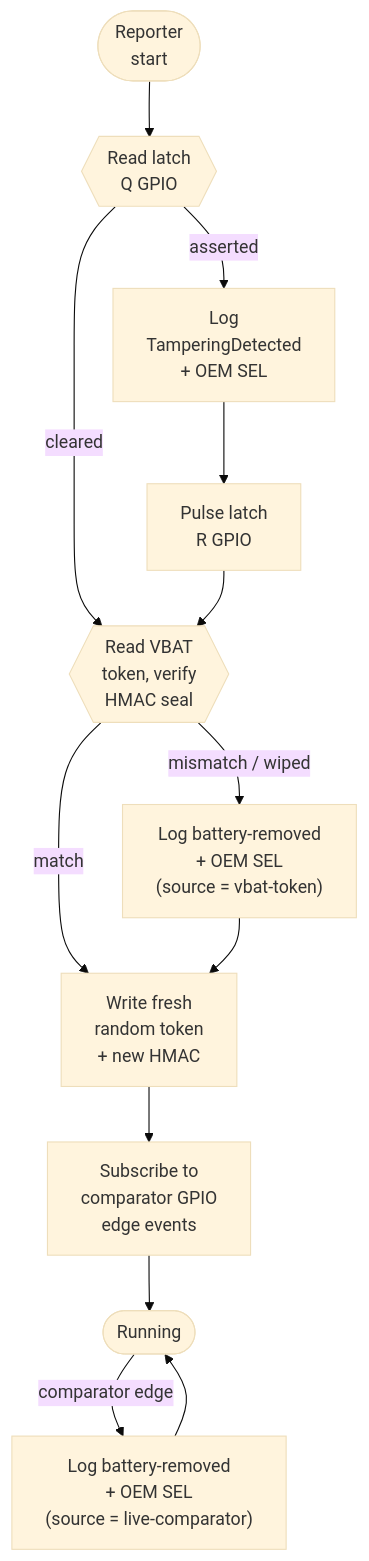
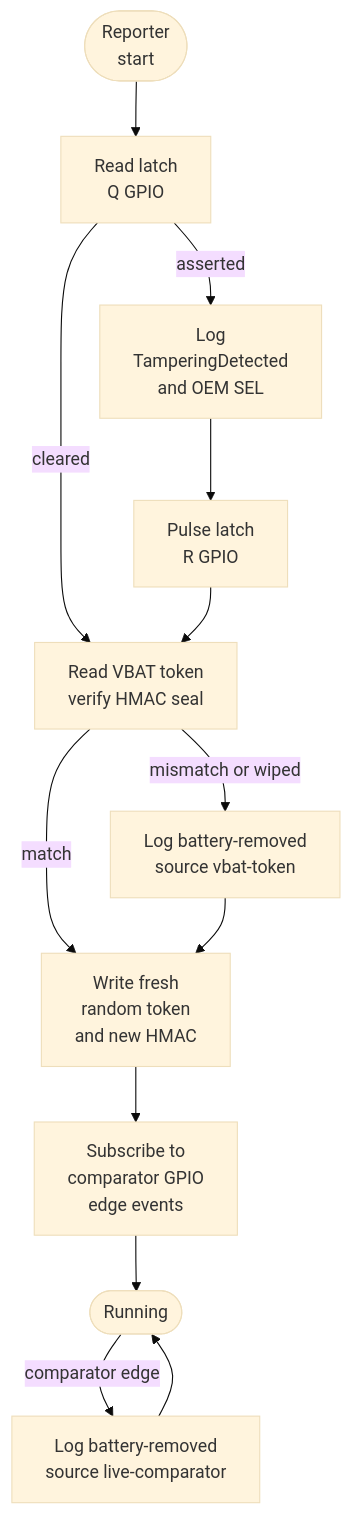
Before and after one commit to MichaelTien8901/openbmc-guide-tutorial: the second of 6 diagrams in docs/03-core-services/20-intrusion-detection-guide.md, drawn with Mermaid (base theme). The commit also changed other lines of this file, not shown here.

First line of the commit message:
Fix Mermaid 10.6 syntax errors in intrusion detection diagrams

````diff
--- a/docs/03-core-services/20-intrusion-detection-guide.md
+++ b/docs/03-core-services/20-intrusion-detection-guide.md
@@ -95,26 +95,26 @@
 ```mermaid
 flowchart TB
     Start(["Reporter<br/>start"])
-    ReadLatch{{"Read latch<br/>Q GPIO"}}
+    ReadLatch["Read latch<br/>Q GPIO"]
     ClearLatch["Pulse latch<br/>R GPIO"]
-    VerifyToken{{"Read VBAT<br/>token, verify<br/>HMAC seal"}}
-    RotateToken["Write fresh<br/>random token<br/>+ new HMAC"]
+    VerifyToken["Read VBAT token<br/>verify HMAC seal"]
+    RotateToken["Write fresh<br/>random token<br/>and new HMAC"]
     SubLive["Subscribe to<br/>comparator GPIO<br/>edge events"]
-    LogTamper["Log<br/>TamperingDetected<br/>+ OEM SEL"]
-    LogBatt["Log battery-removed<br/>+ OEM SEL<br/>(source = vbat-token)"]
-    LogLive["Log battery-removed<br/>+ OEM SEL<br/>(source = live-comparator)"]
+    LogTamper["Log<br/>TamperingDetected<br/>and OEM SEL"]
+    LogBatt["Log battery-removed<br/>source vbat-token"]
+    LogLive["Log battery-removed<br/>source live-comparator"]
     Loop(["Running"])
 
     Start --> ReadLatch
     ReadLatch -- "asserted" --> LogTamper
     ReadLatch -- "cleared" --> VerifyToken
     LogTamper --> ClearLatch
     ClearLatch --> VerifyToken
     VerifyToken -- "match" --> RotateToken
-    VerifyToken -- "mismatch / wiped" --> LogBatt
+    VerifyToken -- "mismatch or wiped" --> LogBatt
     LogBatt --> RotateToken
     RotateToken --> SubLive
     SubLive --> Loop
     Loop -- "comparator edge" --> LogLive
     LogLive --> Loop
 ```
````
